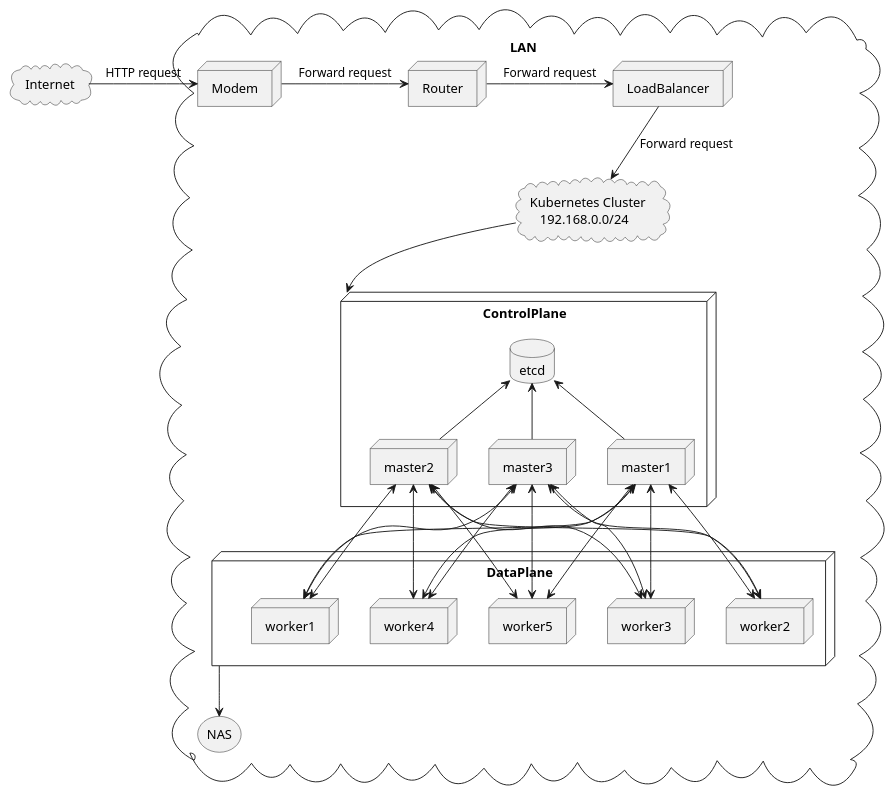
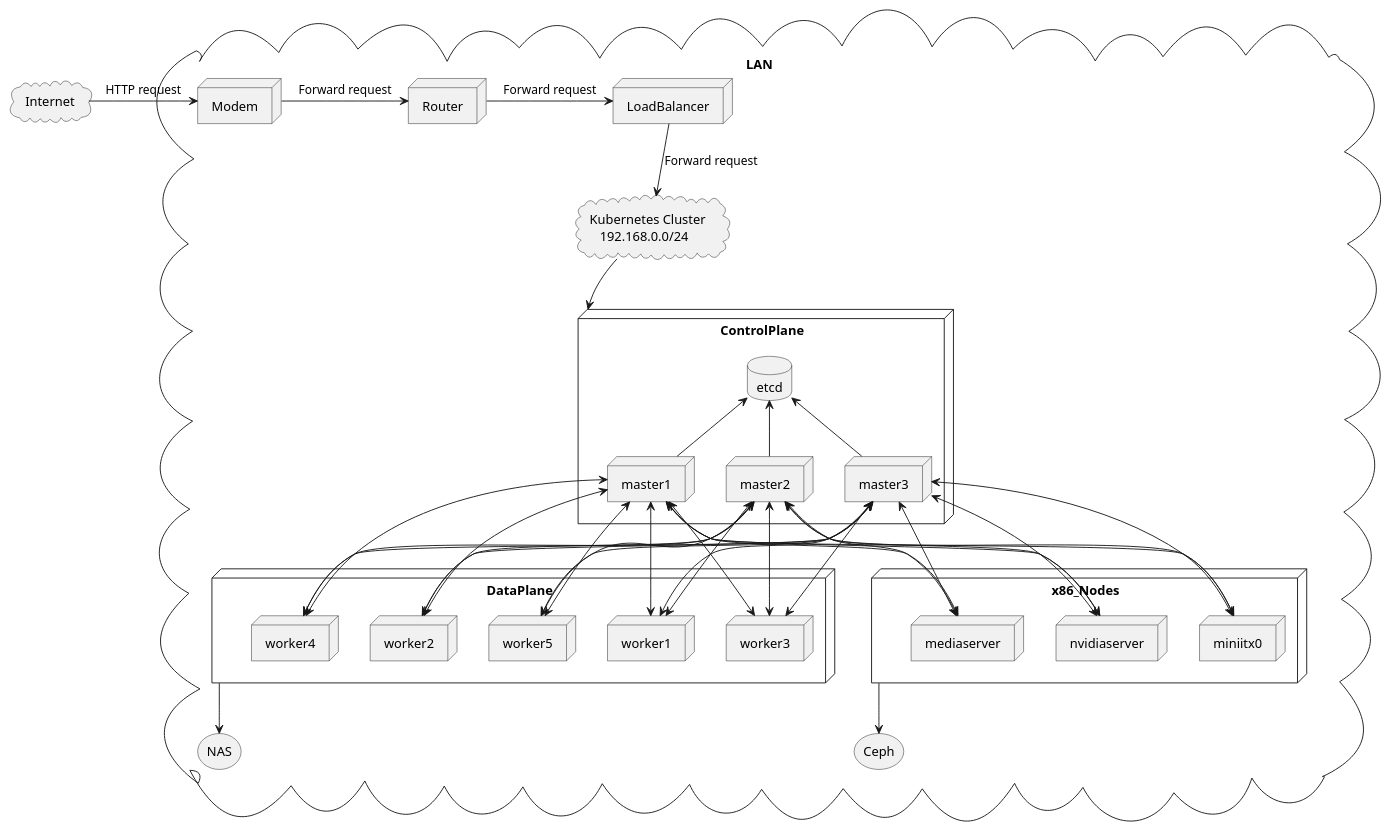
Before and after one commit to cguertin14/infra: the diagram in docs/architecture.plantuml, drawn with PlantUML.

Commit message:
update plantuml

```diff
--- a/docs/architecture.plantuml
+++ b/docs/architecture.plantuml
@@ -1,62 +1,82 @@
 @startuml infra architecture
 
 cloud Internet
 
 cloud LAN {
 	
 	node Modem
 	node Router
 	node LoadBalancer
 	storage NAS
+	storage Ceph
 
 	cloud cluster as "Kubernetes Cluster  \n   192.168.0.0/24"
 
 	node ControlPlane {
 		node master1
 		node master2
 		node master3
 
 		database etcd
 	}
 
 	node DataPlane {
 		node worker1
 		node worker2
 		node worker3
 		node worker4
 		node worker5
 	}
+	
+	node x86_Nodes {
+	  node mediaserver
+	  node nvidiaserver
+	  node miniitx0
+	}
 
 	master1 -u-> etcd
 	master2 -u-> etcd
 	master3 -u-> etcd
 
 	cluster -d-> ControlPlane
 	DataPlane -d-> NAS
+	x86_Nodes -d-> Ceph
 
 	master1 <-d-> worker1
 	master1 <-d-> worker2
 	master1 <-d-> worker3
 	master1 <-d-> worker4
 	master1 <-d-> worker5
 	
 	master2 <-d-> worker1
 	master2 <-d-> worker2
 	master2 <-d-> worker3
 	master2 <-d-> worker4
 	master2 <-d-> worker5
 
 	master3 <-d-> worker1
 	master3 <-d-> worker2
 	master3 <-d-> worker3
 	master3 <-d-> worker4
 	master3 <-d-> worker5
+	
+	master1 <-d-> mediaserver
+	master1 <-d-> nvidiaserver
+	master1 <-d-> miniitx0
+	
+	master2 <-d-> mediaserver
+	master2 <-d-> nvidiaserver
+	master2 <-d-> miniitx0
+
+	master3 <-d-> mediaserver
+	master3 <-d-> nvidiaserver
+	master3 <-d-> miniitx0
 
 }
 
 Internet -r-> Modem : HTTP request
 Modem -r-> Router : Forward request
 Router -r-> LoadBalancer : Forward request
 LoadBalancer -d-> cluster : Forward request
 
 @enduml
```
